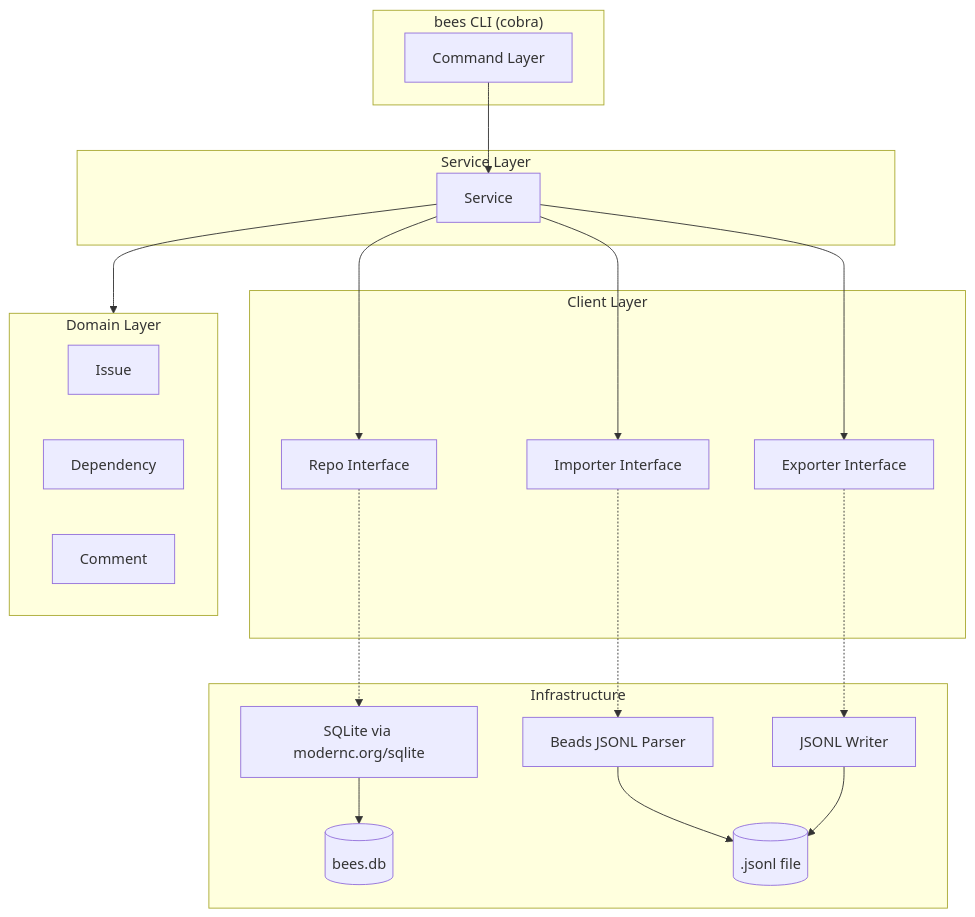
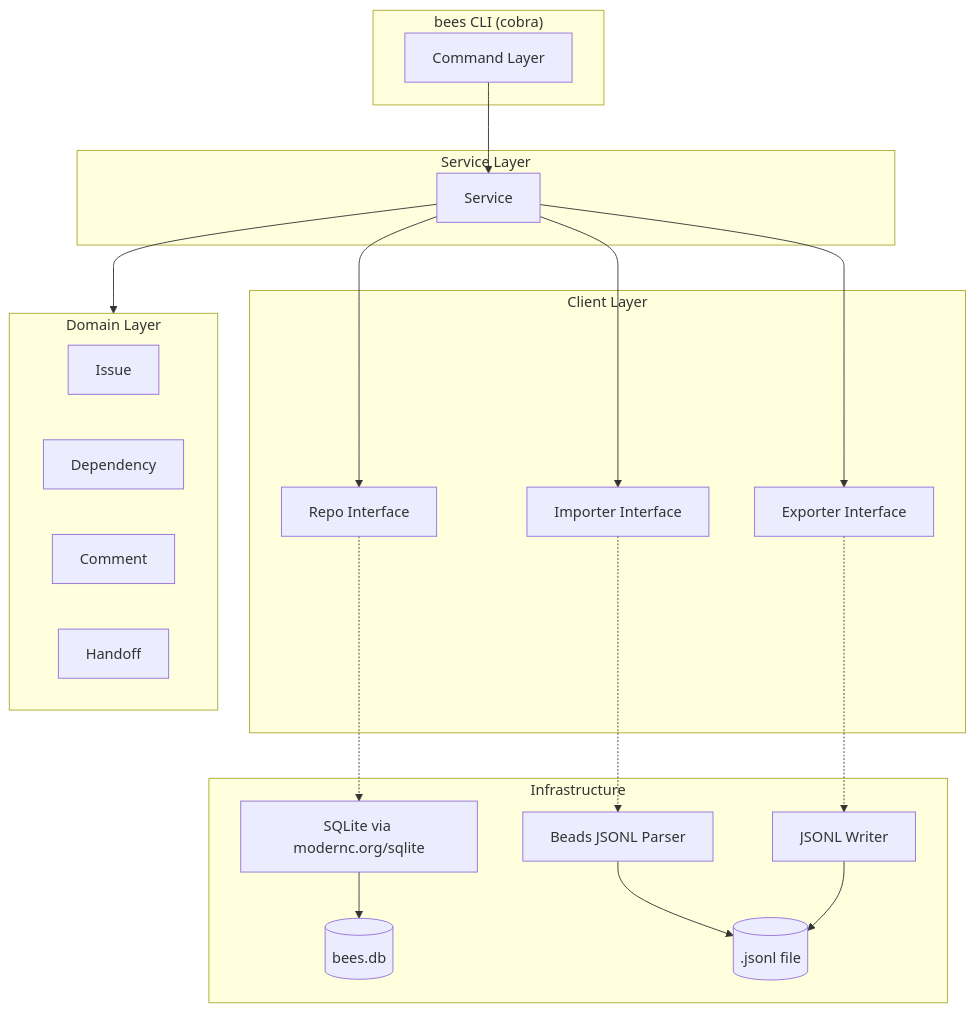
Before and after one commit to w-h-a/bees: the first of 2 diagrams in README.md, drawn with Mermaid. The commit also changed other lines of this file, not shown here.

````diff
--- a/README.md
+++ b/README.md
@@ -51,42 +52,43 @@
 ```mermaid
 graph TD
   subgraph CLI ["bees CLI (cobra)"]
     CMD[Command Layer]
   end
 
   subgraph Service ["Service Layer"]
     SVC[Service]
   end
 
   subgraph Client ["Client Layer"]
     REPO_IF[Repo Interface]
     IMP_IF[Importer Interface]
     EXP_IF[Exporter Interface]
   end
 
   subgraph Infra ["Infrastructure"]
     SQLITE[SQLite via modernc.org/sqlite]
     DB[(bees.db)]
     BEADS[Beads JSONL Parser]
     JSONW[JSONL Writer]
     JSONL[(.jsonl file)]
   end
 
   subgraph Domain ["Domain Layer"]
     ISSUE[Issue]
     DEP[Dependency]
     COMMENT[Comment]
+    HANDOFF[Handoff]
   end
 
   CMD --> SVC
   SVC --> Domain
   SVC --> REPO_IF
   SVC --> IMP_IF
   SVC --> EXP_IF
   REPO_IF -.-> SQLITE
   SQLITE --> DB
   IMP_IF -.-> BEADS
   BEADS --> JSONL
   EXP_IF -.-> JSONW
   JSONW --> JSONL
 ```
````
